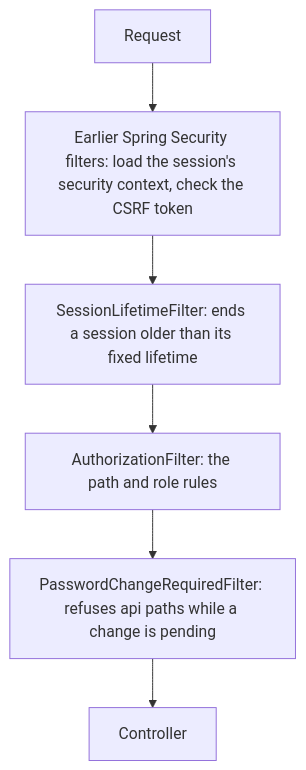
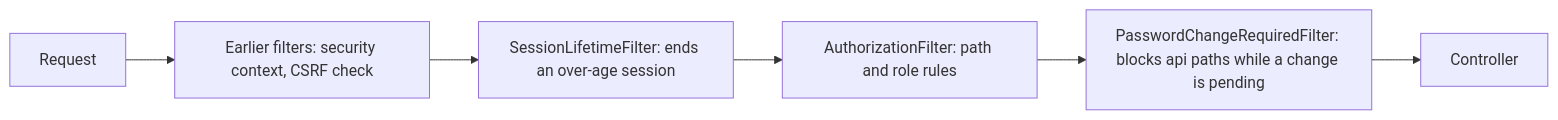
One commit to Sriram-Codes-SW/secure-doc-viewer changed the second of 2 diagrams in book/part-2-backend/16-spring-security-defenses.md. Above: the diagram before and after it, drawn with Mermaid. The commit also changed other lines of this file and 59 other files, not shown here.

Commit message:
Book: round 2 fixes (Ch 40/41 trim and Figure 41.5, wide diagrams, glossary bolding, star labels, EPUB metadata, contrast theme)

````diff
--- a/book/part-2-backend/16-spring-security-defenses.md
+++ b/book/part-2-backend/16-spring-security-defenses.md
@@ -331,8 +331,8 @@
 ```mermaid
-flowchart TB
-    R["Request"] --> P0["Earlier Spring Security filters: load the session's security context, check the CSRF token"]
-    P0 --> L["SessionLifetimeFilter: ends a session older than its fixed lifetime"]
-    L --> Z["AuthorizationFilter: the path and role rules"]
-    Z --> P["PasswordChangeRequiredFilter: refuses api paths while a change is pending"]
+flowchart LR
+    R["Request"] --> P0["Earlier filters: security context, CSRF check"]
+    P0 --> L["SessionLifetimeFilter: ends an over-age session"]
+    L --> Z["AuthorizationFilter: path and role rules"]
+    Z --> P["PasswordChangeRequiredFilter: blocks api paths while a change is pending"]
     P --> K["Controller"]
 ```
````
